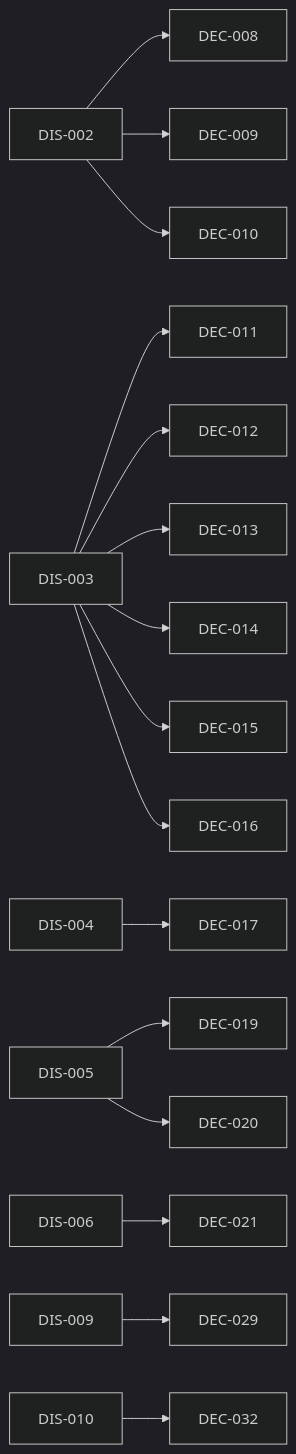
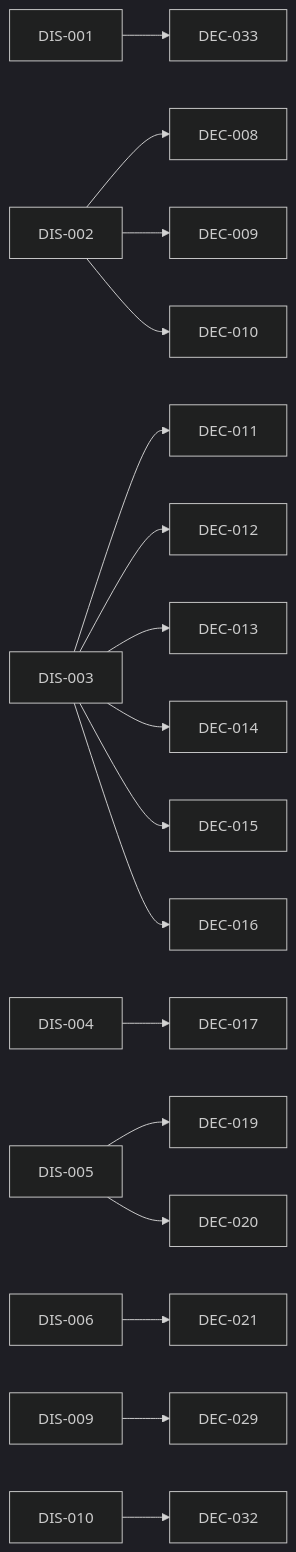
Before and after one commit to amartis/sonoai_research_notes: the diagram in INDEX.md, drawn with Mermaid (dark theme). The commit also changed other lines of this file and 1 other file, not shown here.

Commit message:
DEC-033 proposed: precirrhosis as middle grade of the cirrhosis task (DIS-001, TASK-001.01)

````diff
--- a/INDEX.md
+++ b/INDEX.md
@@ -61,18 +62,19 @@
 ```mermaid
 flowchart LR
+  DIS_001[DIS-001] --> DEC_033[DEC-033]
   DIS_002[DIS-002] --> DEC_008[DEC-008]
   DIS_002[DIS-002] --> DEC_009[DEC-009]
   DIS_002[DIS-002] --> DEC_010[DEC-010]
   DIS_003[DIS-003] --> DEC_011[DEC-011]
   DIS_003[DIS-003] --> DEC_012[DEC-012]
   DIS_003[DIS-003] --> DEC_013[DEC-013]
   DIS_003[DIS-003] --> DEC_014[DEC-014]
   DIS_003[DIS-003] --> DEC_015[DEC-015]
   DIS_003[DIS-003] --> DEC_016[DEC-016]
   DIS_004[DIS-004] --> DEC_017[DEC-017]
   DIS_005[DIS-005] --> DEC_019[DEC-019]
   DIS_005[DIS-005] --> DEC_020[DEC-020]
   DIS_006[DIS-006] --> DEC_021[DEC-021]
   DIS_009[DIS-009] --> DEC_029[DEC-029]
   DIS_010[DIS-010] --> DEC_032[DEC-032]
 ```
````
